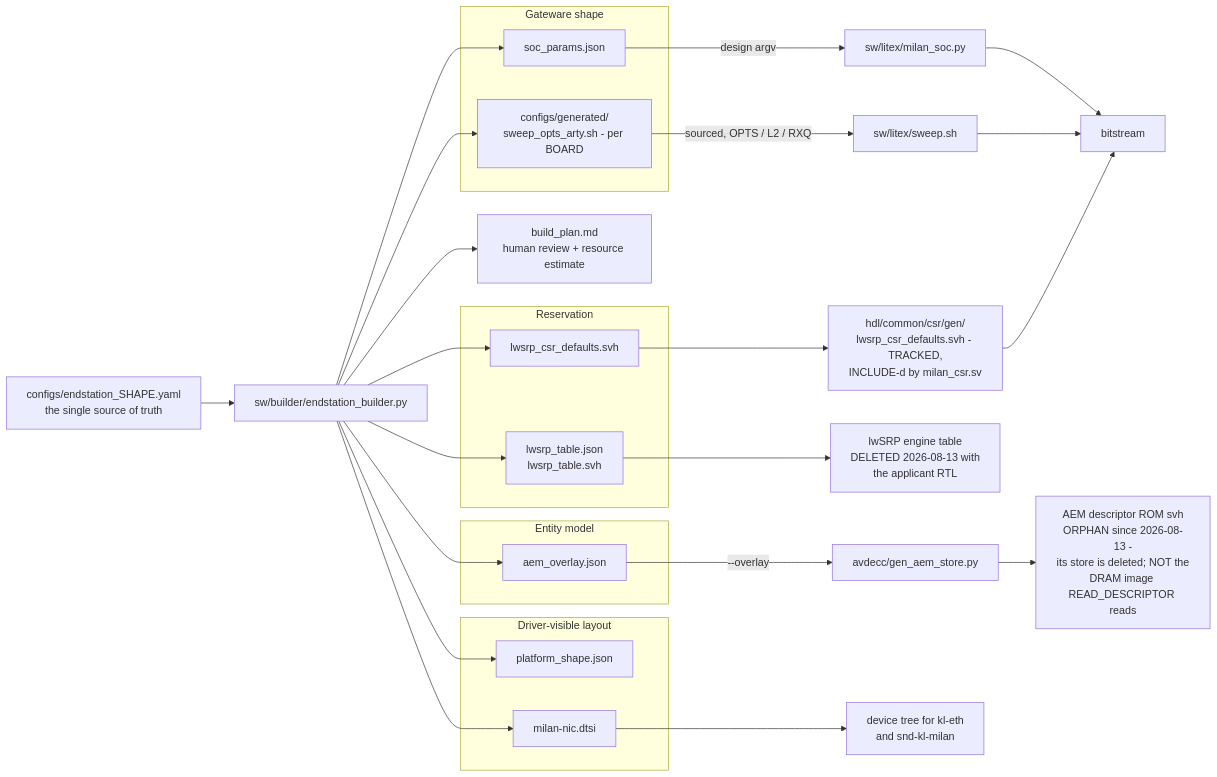
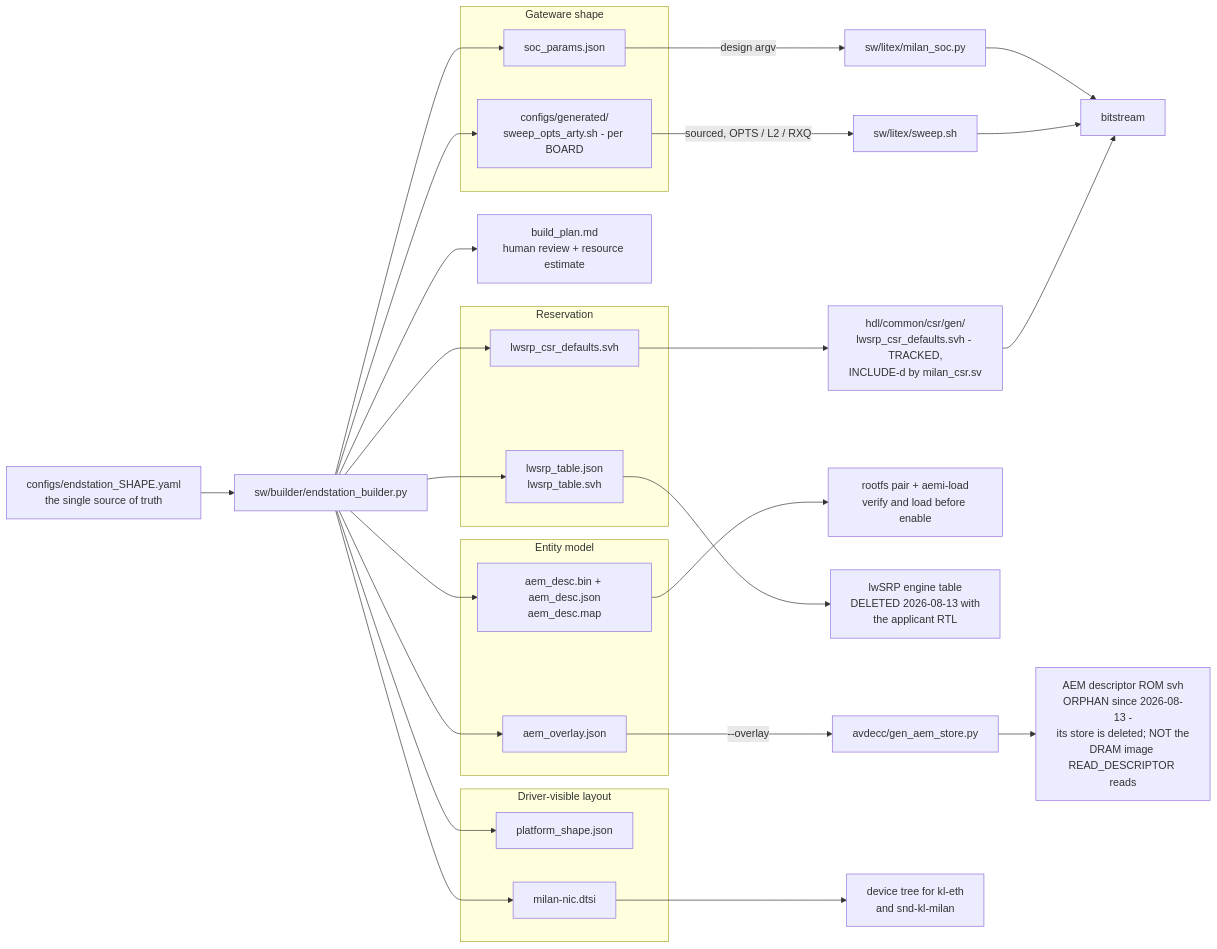
One commit to kebag-logic/milan-fpga changed the diagram in docs/ENDSTATION_BUILDER.md. Above: the diagram before and after it, drawn with Mermaid. The commit also changed other lines of this file and 21 other files, not shown here.

````diff
--- a/docs/ENDSTATION_BUILDER.md
+++ b/docs/ENDSTATION_BUILDER.md
@@ -151,43 +148,46 @@
 ```mermaid
 flowchart LR
     CFG["configs/endstation_SHAPE.yaml<br/>the single source of truth"]
     BLD["sw/builder/endstation_builder.py"]
     CFG --> BLD
 
     subgraph GW["Gateware shape"]
         SOC["soc_params.json"]
         SWP["configs/generated/<br/>sweep_opts_arty.sh - per BOARD"]
     end
     subgraph MODEL["Entity model"]
         OVL["aem_overlay.json"]
+        IMG["aem_desc.bin + aem_desc.json<br/>aem_desc.map"]
     end
     subgraph RSV["Reservation"]
         LTJ["lwsrp_table.json<br/>lwsrp_table.svh"]
         LCD["lwsrp_csr_defaults.svh"]
     end
     subgraph HOSTV["Driver-visible layout"]
         PSH["platform_shape.json"]
         DTS["milan-nic.dtsi"]
     end
     PLAN["build_plan.md<br/>human review + resource estimate"]
 
     BLD --> SOC
     BLD --> SWP
     BLD --> OVL
+    BLD --> IMG
     BLD --> LTJ
     BLD --> LCD
     BLD --> PSH
     BLD --> DTS
     BLD --> PLAN
 
     SOC -->|"design argv"| MSOC["sw/litex/milan_soc.py"]
     SWP -->|"sourced, OPTS / L2 / RXQ"| SWEEP["sw/litex/sweep.sh"]
     OVL -->|"--overlay"| GEN["avdecc/gen_aem_store.py"]
     GEN --> ROM["AEM descriptor ROM svh<br/>ORPHAN since 2026-08-13 -<br/>its store is deleted; NOT the<br/>DRAM image READ_DESCRIPTOR reads"]
+    IMG --> LOAD["rootfs pair + aemi-load<br/>verify and load before enable"]
     LTJ --> SRPRTL["lwSRP engine table<br/>DELETED 2026-08-13 with<br/>the applicant RTL"]
     LCD --> CSRINC["hdl/common/csr/gen/<br/>lwsrp_csr_defaults.svh - TRACKED,<br/>INCLUDE-d by milan_csr.sv"]
     DTS --> DRV["device tree for kl-eth<br/>and snd-kl-milan"]
     MSOC --> BIT["bitstream"]
     SWEEP --> BIT
     CSRINC --> BIT
 ```
````
